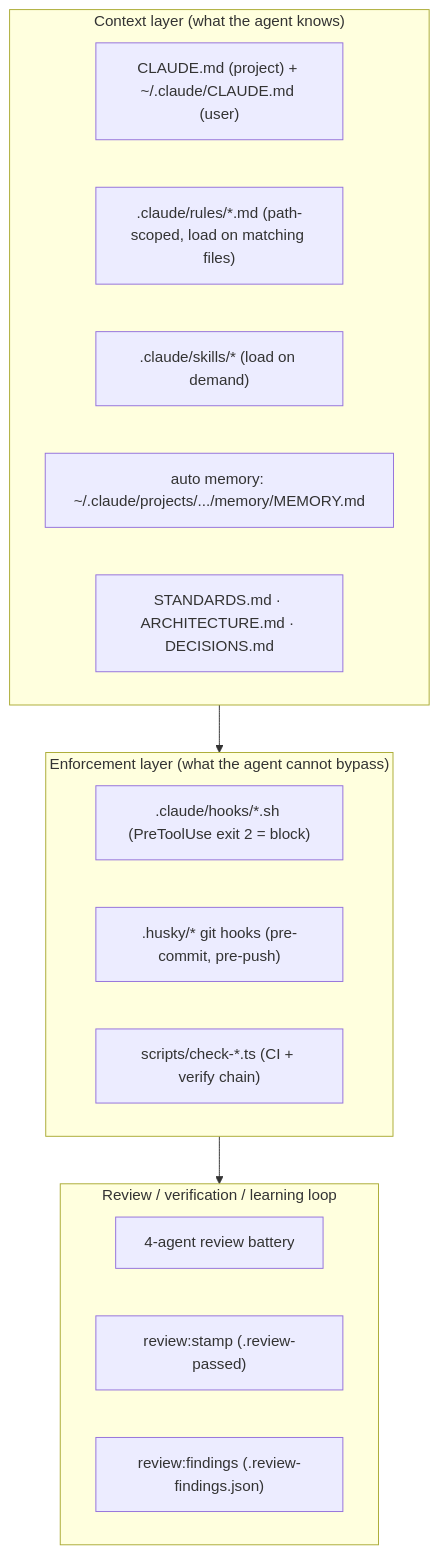
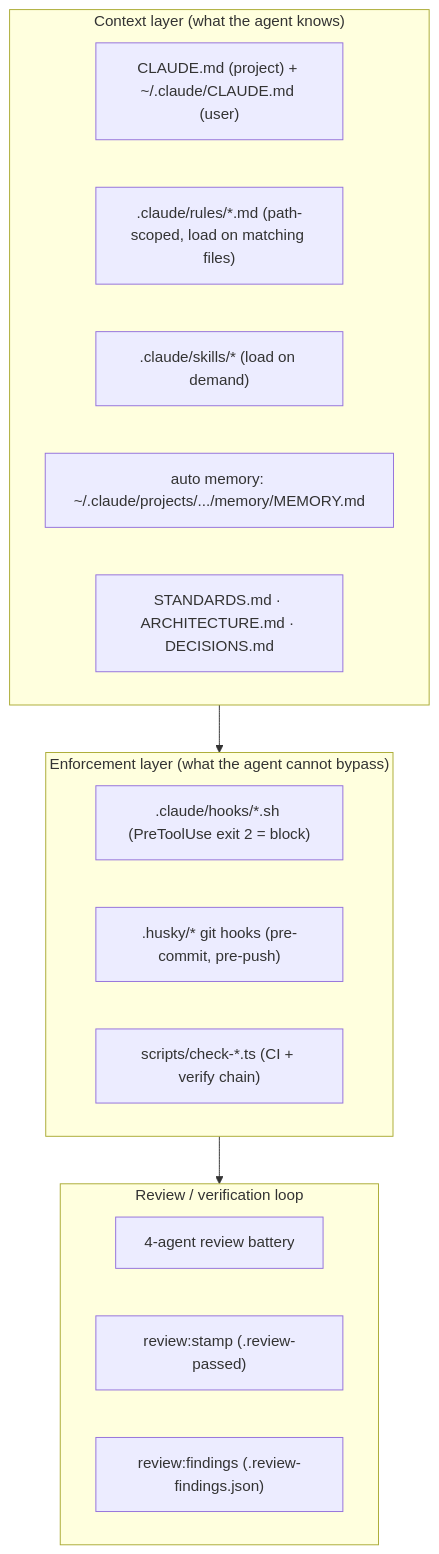
One commit to erikunha/portfolio changed the first of 2 diagrams in docs/06-ai-development.md. Above: the diagram before and after it, drawn with Mermaid. The commit also changed other lines of this file and 53 other files, not shown here.

````diff
--- a/docs/06-ai-development.md
+++ b/docs/06-ai-development.md
@@ -7,21 +7,21 @@
 ```mermaid
 flowchart TB
     subgraph ctx["Context layer (what the agent knows)"]
         cl["CLAUDE.md (project) + ~/.claude/CLAUDE.md (user)"]
         rules[".claude/rules/*.md (path-scoped, load on matching files)"]
         skills[".claude/skills/* (load on demand)"]
         mem["auto memory: ~/.claude/projects/.../memory/MEMORY.md"]
         docs["STANDARDS.md · ARCHITECTURE.md · DECISIONS.md"]
     end
     subgraph enf["Enforcement layer (what the agent cannot bypass)"]
         hooks[".claude/hooks/*.sh (PreToolUse exit 2 = block)"]
         husky[".husky/* git hooks (pre-commit, pre-push)"]
         gates["scripts/check-*.ts (CI + verify chain)"]
     end
-    subgraph loop["Review / verification / learning loop"]
+    subgraph loop["Review / verification loop"]
         battery["4-agent review battery"]
         stamp["review:stamp (.review-passed)"]
         ledger["review:findings (.review-findings.json)"]
     end
     ctx --> enf --> loop
 ```
````
